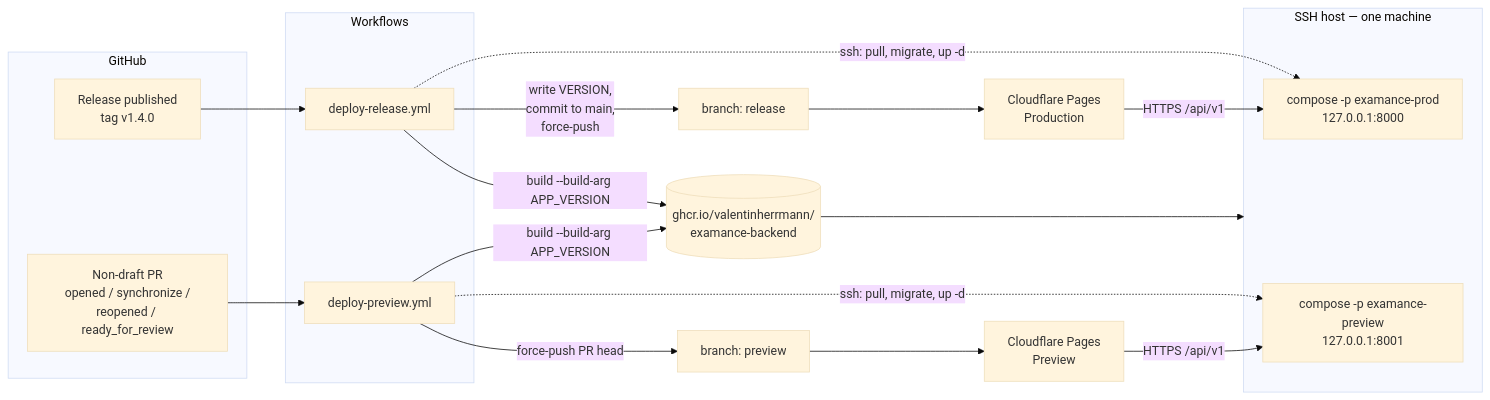
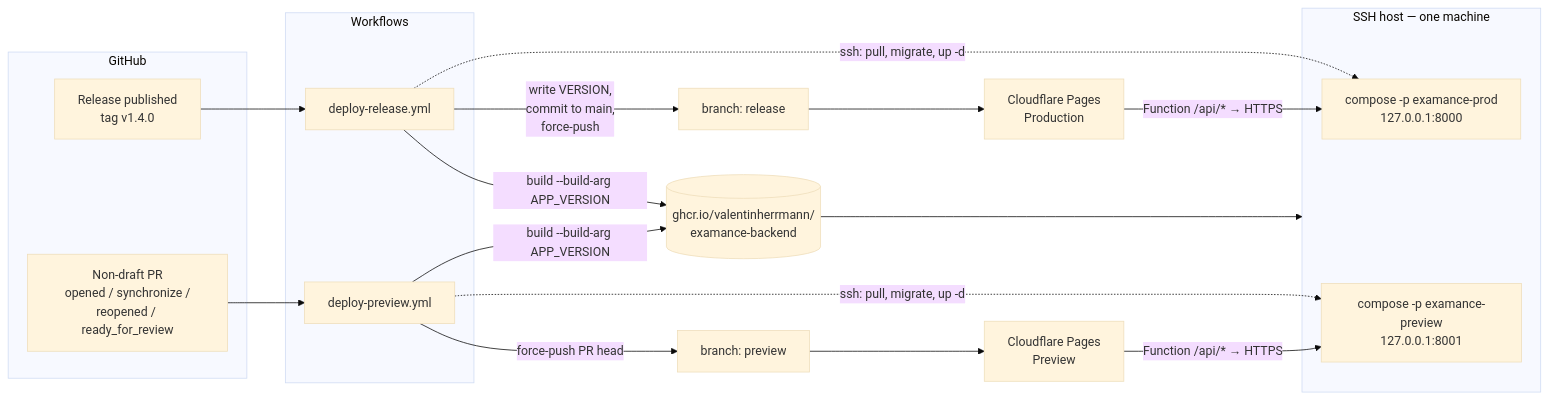
One commit to ValentinHerrmann/Examance changed the first of 4 diagrams in docs/deployment.md. Above: the diagram before and after it, drawn with Mermaid (base theme). The commit also changed other lines of this file and 78 other files, not shown here.

````diff
--- a/docs/deployment.md
+++ b/docs/deployment.md
@@ -40,37 +40,37 @@
 ```mermaid
 flowchart LR
   subgraph GH["GitHub"]
     REL["Release published<br/>tag v1.4.0"]
     PR["Non-draft PR<br/>opened / synchronize /<br/>reopened / ready_for_review"]
   end
 
   subgraph WF["Workflows"]
     WREL["deploy-release.yml"]
     WPRE["deploy-preview.yml"]
   end
 
   REL --> WREL
   PR --> WPRE
 
   WREL -->|"write VERSION,<br/>commit to main,<br/>force-push"| BREL["branch: release"]
   WPRE -->|"force-push PR head"| BPRE["branch: preview"]
 
   BREL --> CFP["Cloudflare Pages<br/>Production"]
   BPRE --> CFV["Cloudflare Pages<br/>Preview"]
 
   WREL -->|"build --build-arg APP_VERSION"| GHCR[("ghcr.io/valentinherrmann/<br/>examance-backend")]
   WPRE -->|"build --build-arg APP_VERSION"| GHCR
 
   GHCR --> SRV
 
   subgraph SRV["SSH host — one machine"]
     SP["compose -p examance-prod<br/>127.0.0.1:8000"]
     SV["compose -p examance-preview<br/>127.0.0.1:8001"]
   end
 
   WREL -.->|"ssh: pull, migrate, up -d"| SP
   WPRE -.->|"ssh: pull, migrate, up -d"| SV
 
-  CFP -->|"HTTPS /api/v1"| SP
-  CFV -->|"HTTPS /api/v1"| SV
+  CFP -->|"Function /api/* → HTTPS"| SP
+  CFV -->|"Function /api/* → HTTPS"| SV
 ```
````
